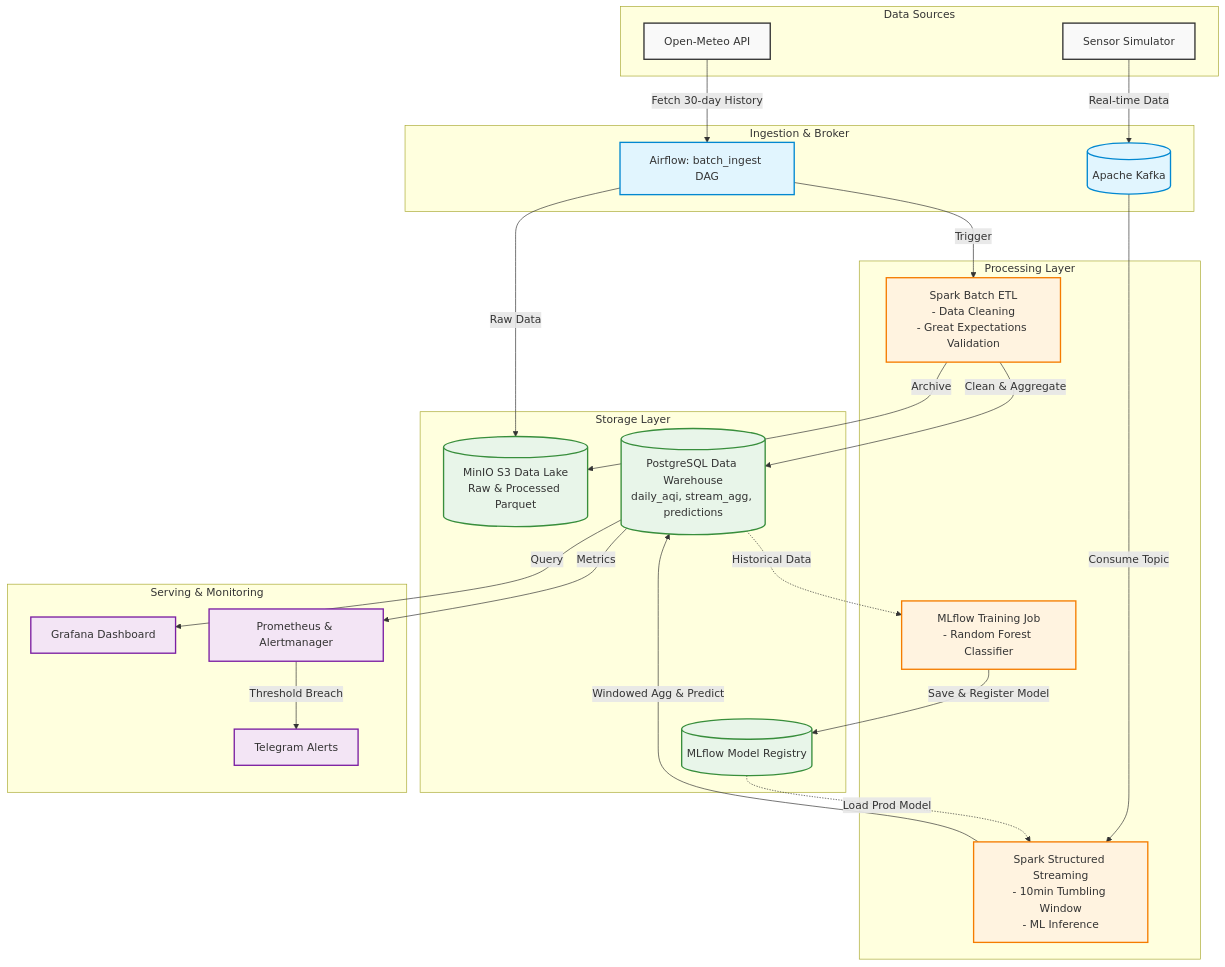
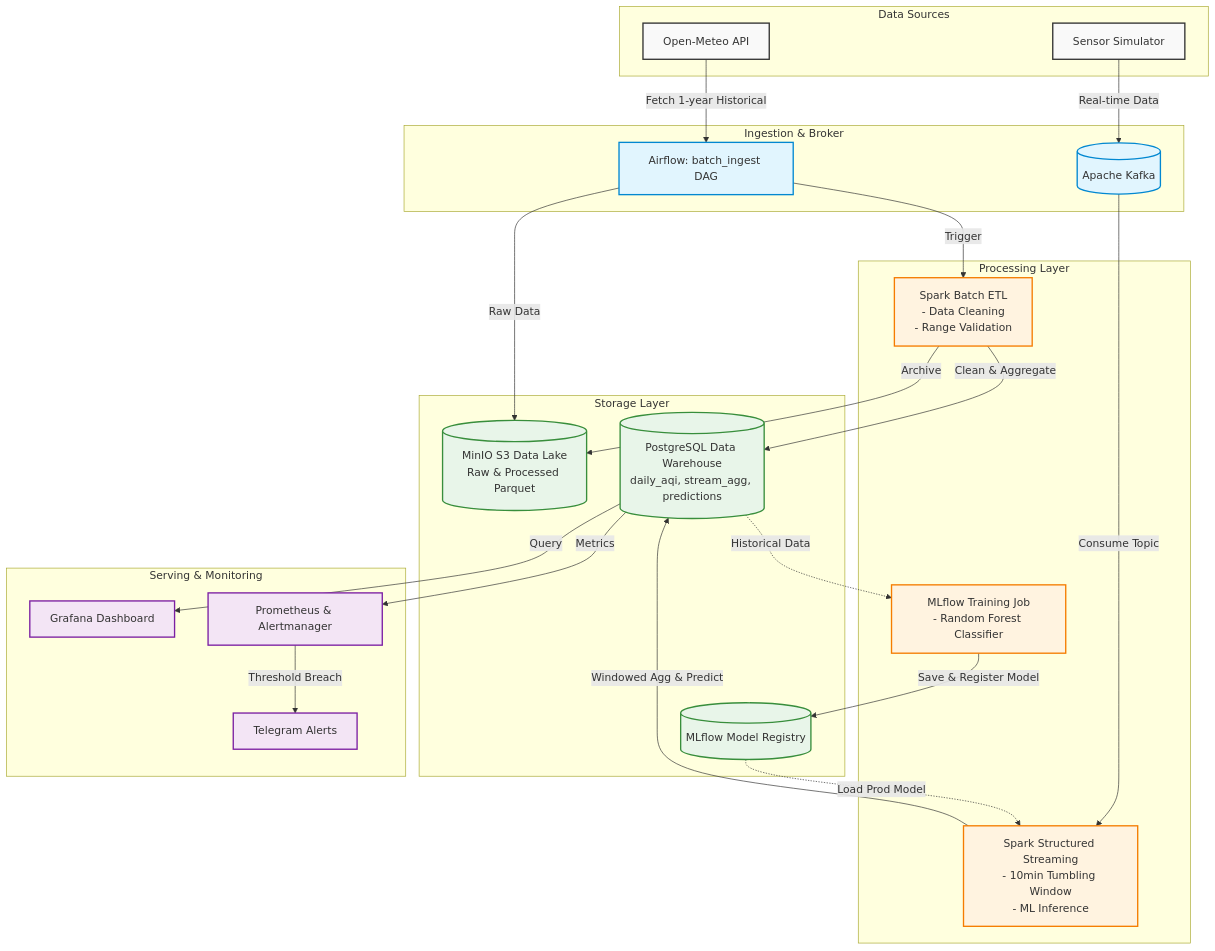
Before and after one commit to trishagarniss/ipbd-project: the diagram in docs/architecture.md, drawn with Mermaid. The commit also changed other lines of this file and 6 other files, not shown here.

````diff
--- a/docs/architecture.md
+++ b/docs/architecture.md
@@ -7,64 +7,64 @@
 ```mermaid
 graph TD
     %% Define styles
     classDef source fill:#f9f9f9,stroke:#333,stroke-width:2px;
     classDef broker fill:#e1f5fe,stroke:#0288d1,stroke-width:2px;
     classDef process fill:#fff3e0,stroke:#f57c00,stroke-width:2px;
     classDef storage fill:#e8f5e9,stroke:#388e3c,stroke-width:2px;
     classDef serve fill:#f3e5f5,stroke:#7b1fa2,stroke-width:2px;
 
     %% Data Sources
     subgraph Data Sources
         API[Open-Meteo API]:::source
         Sensor[Sensor Simulator]:::source
     end
 
     %% Ingestion & Messaging
     subgraph Ingestion & Broker
         AF_DAG[Airflow: batch_ingest DAG]:::broker
         Kafka[(Apache Kafka)]:::broker
     end
 
     %% Processing Layer (Apache Spark)
     subgraph Processing Layer
-        SparkBatch[Spark Batch ETL\n- Data Cleaning\n- Great Expectations Validation]:::process
+        SparkBatch[Spark Batch ETL\n- Data Cleaning\n- Range Validation]:::process
         SparkStream[Spark Structured Streaming\n- 10min Tumbling Window\n- ML Inference]:::process
         MLTrain[MLflow Training Job\n- Random Forest Classifier]:::process
     end
 
     %% Storage Layer
     subgraph Storage Layer
         MinIO[(MinIO S3 Data Lake\nRaw & Processed Parquet)]:::storage
         Postgres[(PostgreSQL Data Warehouse\ndaily_aqi, stream_agg, predictions)]:::storage
         MLReg[(MLflow Model Registry)]:::storage
     end
 
     %% Visualization & Monitoring
     subgraph Serving & Monitoring
         Grafana[Grafana Dashboard]:::serve
         Prometheus[Prometheus & Alertmanager]:::serve
         Telegram[Telegram Alerts]:::serve
     end
 
     %% Flow: Batch
-    API -->|Fetch 30-day History| AF_DAG
+    API -->|Fetch 1-year Historical| AF_DAG
     AF_DAG -->|Raw Data| MinIO
     AF_DAG -->|Trigger| SparkBatch
     SparkBatch -->|Clean & Aggregate| Postgres
     SparkBatch -->|Archive| MinIO
 
     %% Flow: ML
     Postgres -.->|Historical Data| MLTrain
     MLTrain -->|Save & Register Model| MLReg
 
     %% Flow: Stream
     Sensor -->|Real-time Data| Kafka
     Kafka -->|Consume Topic| SparkStream
     MLReg -.->|Load Prod Model| SparkStream
     SparkStream -->|Windowed Agg & Predict| Postgres
 
     %% Flow: Serve
     Postgres -->|Query| Grafana
     Postgres -->|Metrics| Prometheus
     Prometheus -->|Threshold Breach| Telegram
 ```
````
